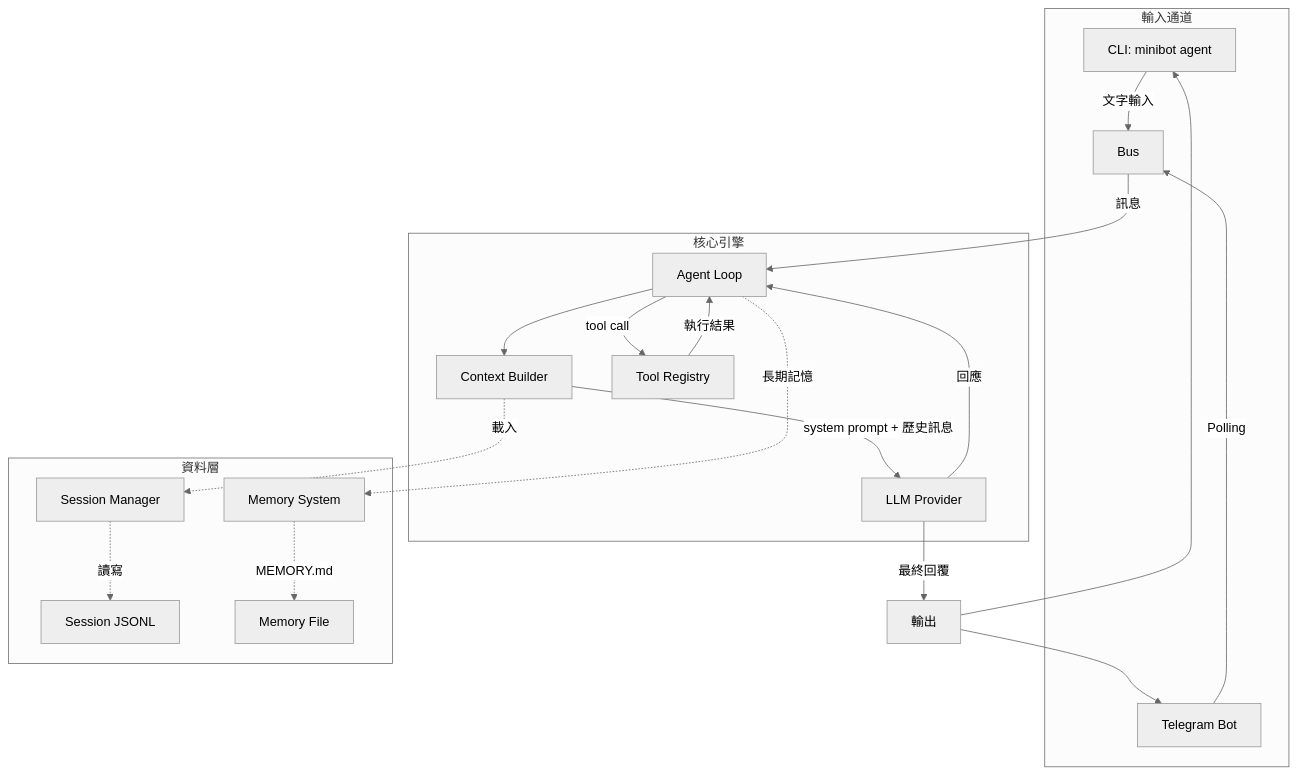
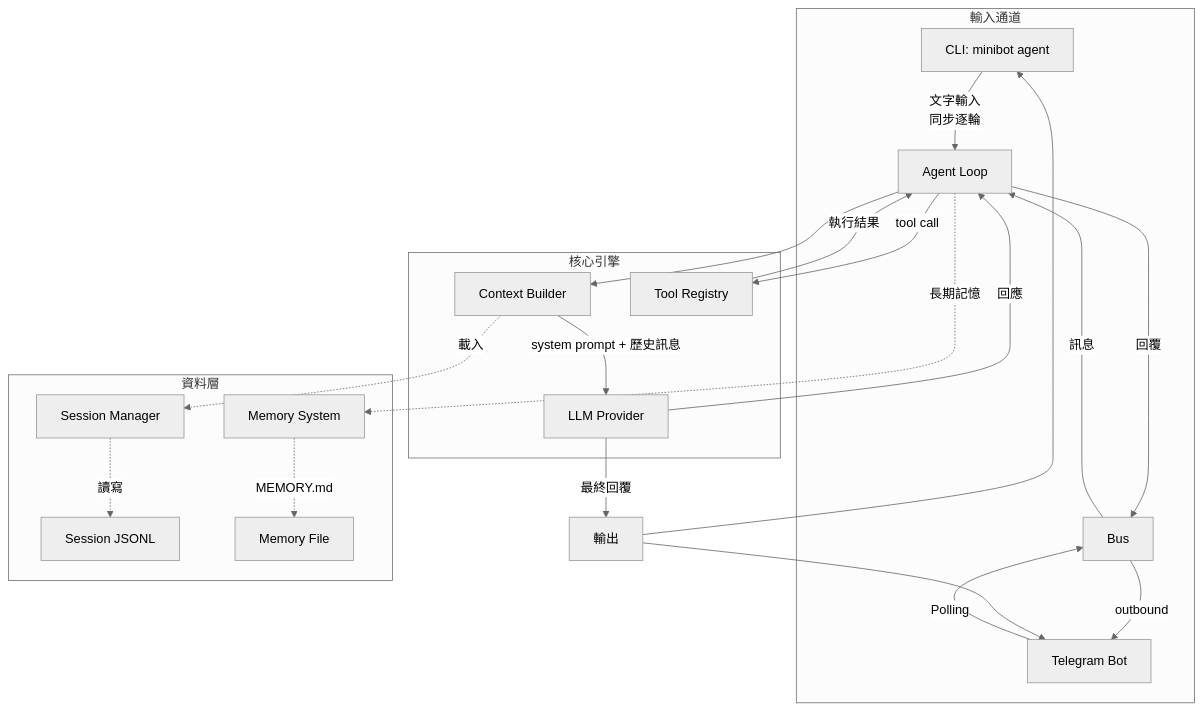
One commit to chiisen/mini_bot changed the diagram in README.md. Above: the diagram before and after it, drawn with Mermaid (neutral theme). The commit also changed 5 other files, not shown here.

````diff
--- a/README.md
+++ b/README.md
@@ -20,30 +20,32 @@
 ```mermaid
 flowchart TD
     subgraph 輸入通道
-        CLI[CLI: minibot agent] --> |文字輸入| Bus
+        CLI[CLI: minibot agent] --> |文字輸入<br/>同步逐輪| AgentLoop
         TG[Telegram Bot] --> |Polling| Bus
     end
 
     subgraph 核心引擎
         Bus --> |訊息| AgentLoop[Agent Loop]
+        AgentLoop --> |回覆| Bus
+        Bus --> |outbound| TG
         
         AgentLoop --> Context[Context Builder]
         Context --> |system prompt + 歷史訊息| LLM[LLM Provider]
         
         LLM -->|回應| AgentLoop
         
         AgentLoop --> |tool call| ToolReg[Tool Registry]
         ToolReg --> |執行結果| AgentLoop
     end
 
     subgraph 資料層
         Context -.-> |載入| SessionMgr[Session Manager]
         SessionMgr -.-> |讀寫| SessionFile[Session JSONL]
         AgentLoop -.-> |長期記憶| Memory[Memory System]
         Memory -.-> |MEMORY.md| MemoryFile[Memory File]
     end
 
     LLM -->|最終回覆| Output[輸出]
     Output --> CLI
     Output --> TG
 ```
````
